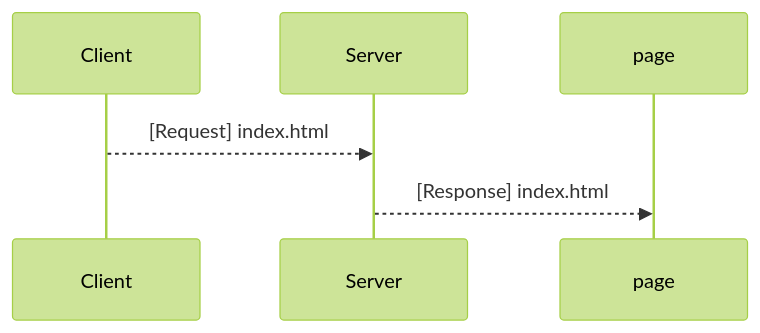
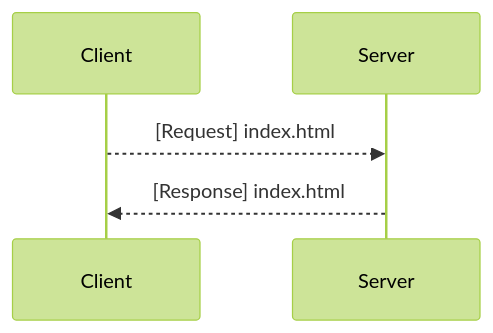
Before and after one commit to JeongJongSub/GitGithub: the diagram in README.md, drawn with Mermaid (forest theme).

````diff
--- a/README.md
+++ b/README.md
@@ -7,7 +7,8 @@
 ```mermaid
 sequenceDiagram
 Client -->> Server : [Request] index.html
-Server -->> page : [Response] index.html
+Server -->> Client : [Response] index.html
+
 
 
 ```
````
